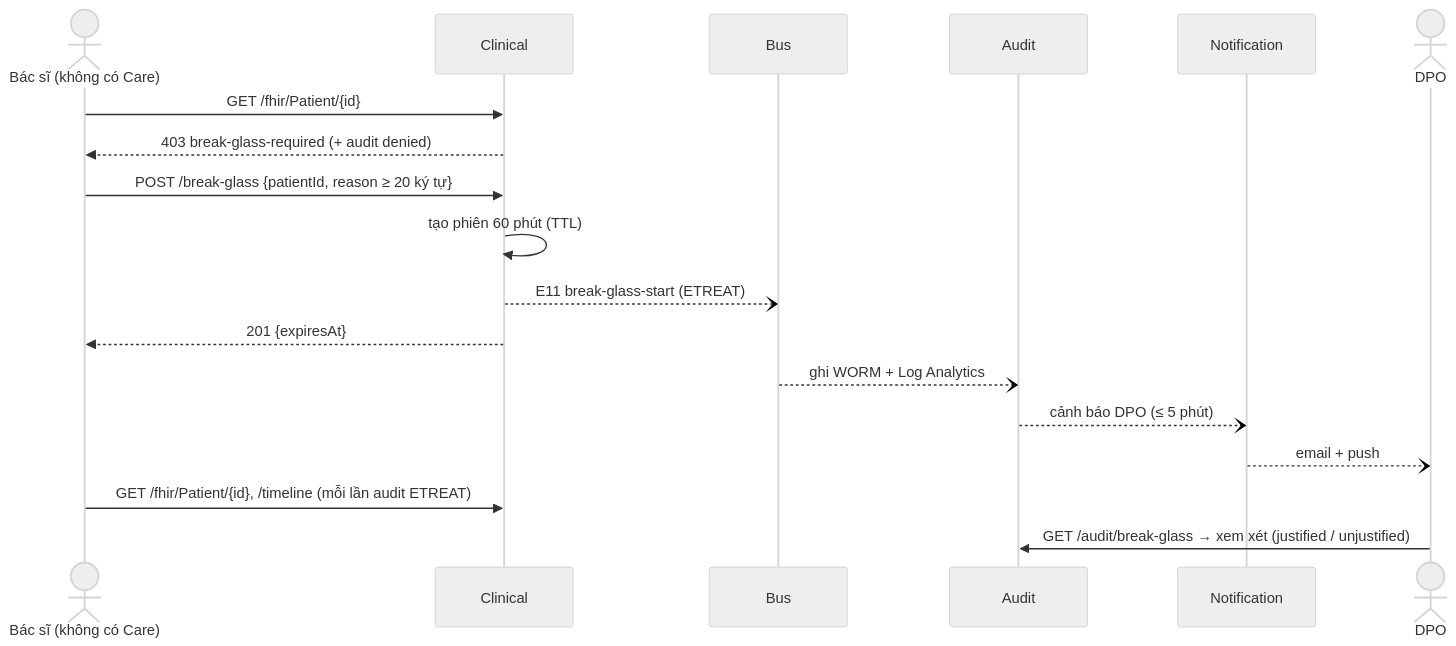
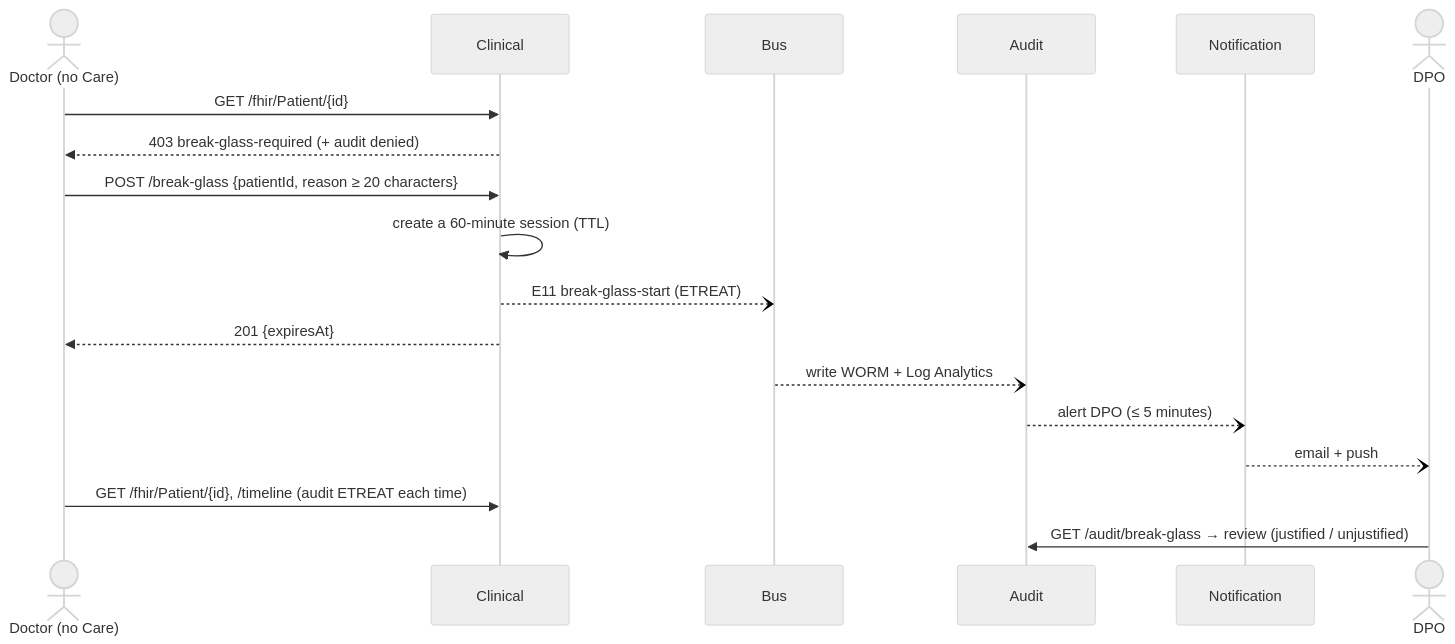
Before and after one commit to viethung12062005/smart-hospital-platform: the sixth of 6 diagrams in docs/03-architecture/detailed-design/14-sequences.md, drawn with Mermaid (neutral theme). The commit also changed other lines of this file and 346 other files, not shown here.

````diff
--- a/docs/03-architecture/detailed-design/14-sequences.md
+++ b/docs/03-architecture/detailed-design/14-sequences.md
@@ -184,21 +184,21 @@
 ```mermaid
 sequenceDiagram
-    actor D as Bác sĩ (không có Care)
+    actor D as Doctor (no Care)
     participant CLN as Clinical
     participant BUS as Bus
     participant AUD as Audit
     participant NTF as Notification
     actor DPO
 
     D->>CLN: GET /fhir/Patient/{id}
     CLN-->>D: 403 break-glass-required (+ audit denied)
-    D->>CLN: POST /break-glass {patientId, reason ≥ 20 ký tự}
-    CLN->>CLN: tạo phiên 60 phút (TTL)
+    D->>CLN: POST /break-glass {patientId, reason ≥ 20 characters}
+    CLN->>CLN: create a 60-minute session (TTL)
     CLN--)BUS: E11 break-glass-start (ETREAT)
     CLN-->>D: 201 {expiresAt}
-    BUS--)AUD: ghi WORM + Log Analytics
-    AUD--)NTF: cảnh báo DPO (≤ 5 phút)
+    BUS--)AUD: write WORM + Log Analytics
+    AUD--)NTF: alert DPO (≤ 5 minutes)
     NTF--)DPO: email + push
-    D->>CLN: GET /fhir/Patient/{id}, /timeline (mỗi lần audit ETREAT)
-    DPO->>AUD: GET /audit/break-glass → xem xét (justified / unjustified)
+    D->>CLN: GET /fhir/Patient/{id}, /timeline (audit ETREAT each time)
+    DPO->>AUD: GET /audit/break-glass → review (justified / unjustified)
 ```
````
